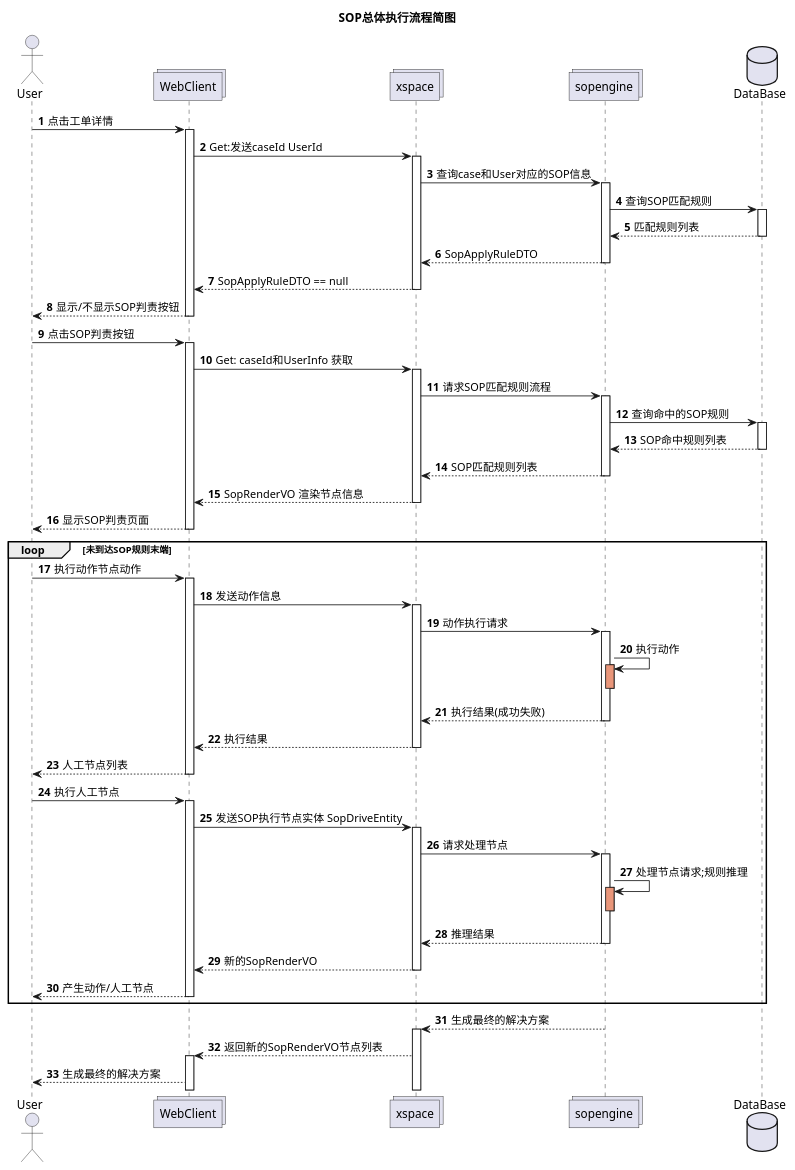
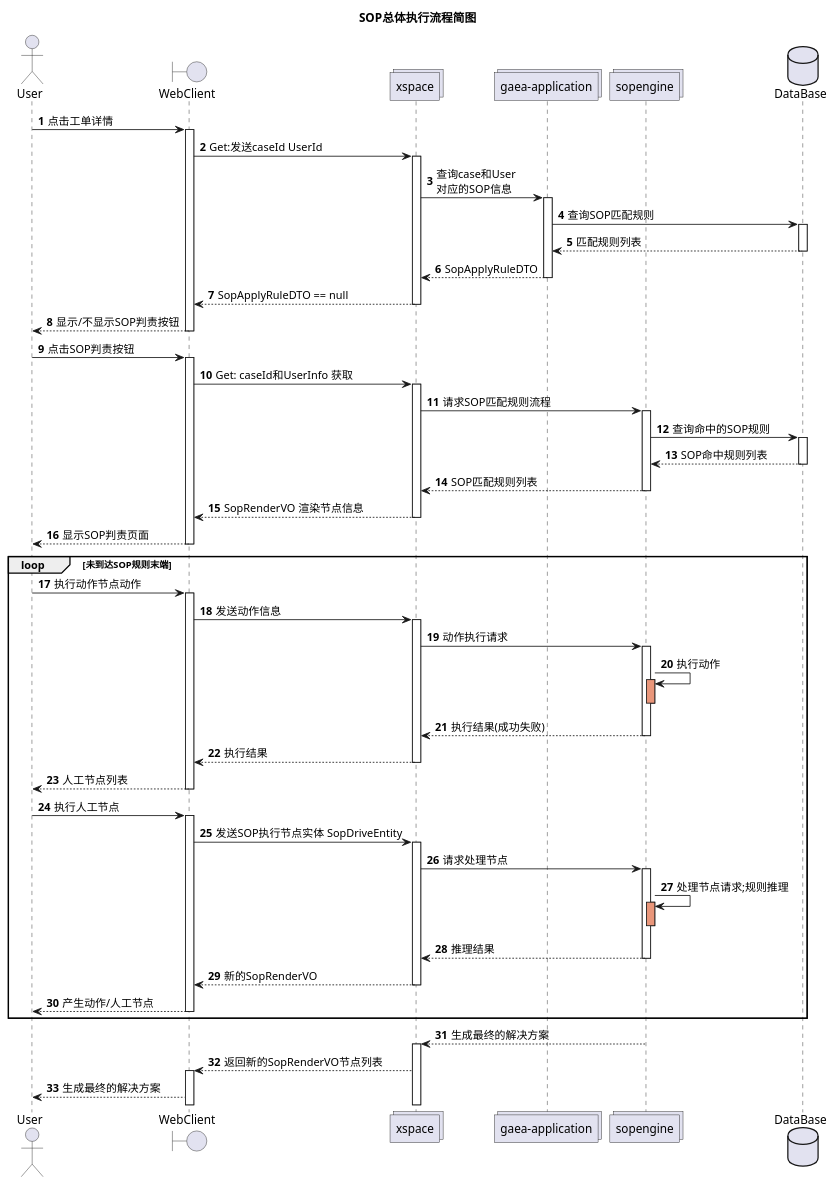
Before and after one commit to xian2207/xian2207.github.io: the first of 5 diagrams in _posts/2020-06-14_yuque_note.md, drawn with PlantUML. The commit also changed other lines of this file and 9 other files, not shown here.

```diff
--- a/_posts/2020-06-14_yuque_note.md
+++ b/_posts/2020-06-14_yuque_note.md
@@ -40,9 +39,12 @@
 title SOP总体执行流程简图
 
 actor "User" as User
-collections WebClient
+boundary WebClient
+
 collections "xspace" as Server
+collections "gaea-application" as Server1
 collections "sopengine" as Server2
+
 database "DataBase" as DataBase
 
 
@@ -51,9 +53,9 @@
 activate WebClient
 WebClient -> Server : Get:发送caseId UserId
 activate Server
-Server -> Server2 : 查询case和User对应的SOP信息
-activate Server2
-Server2 -> DataBase : 查询SOP匹配规则
+Server -> Server1 : 查询case和User\n对应的SOP信息
+activate Server1
+Server1 -> DataBase : 查询SOP匹配规则
 activate DataBase
 return 匹配规则列表
 return SopApplyRuleDTO
```
